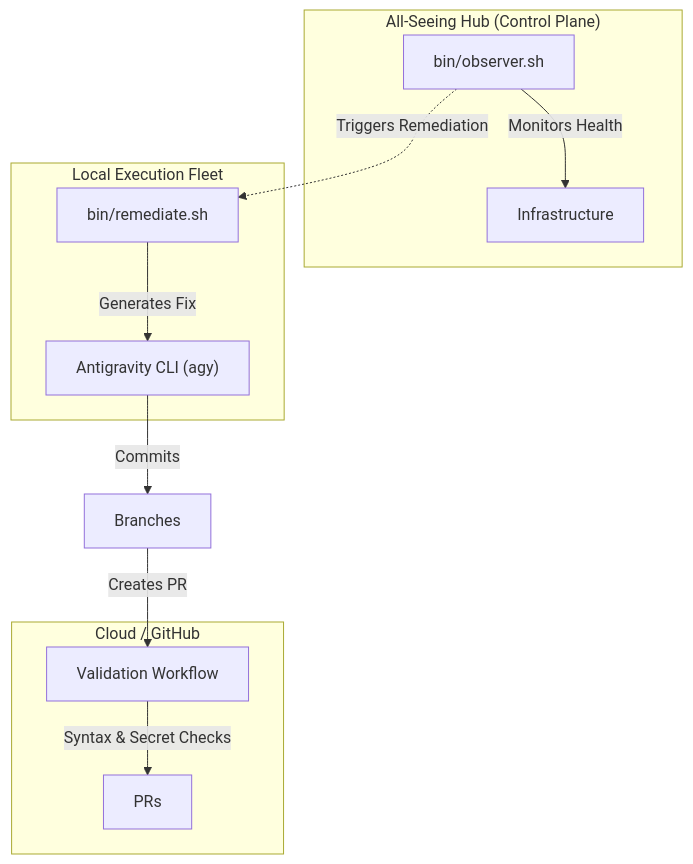
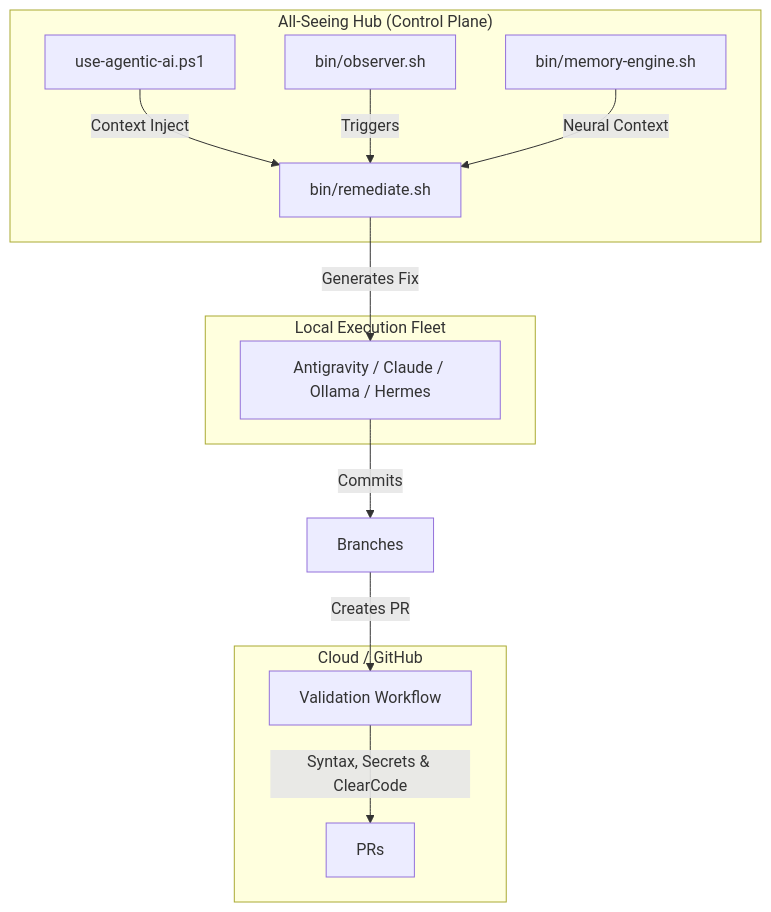
Before and after one commit to tosudip369/agentic-devops-hub: the diagram in README.md, drawn with Mermaid. The commit also changed other lines of this file and 1 other file, not shown here.

Commit message:
docs: public documentation for v3.0 use-agentic-ai modes and Musk algorithm

````diff
--- a/README.md
+++ b/README.md
@@ -13,19 +38,22 @@
 ```mermaid
 graph TD
     subgraph "Cloud / GitHub"
         Actions["Validation Workflow"]
-        Actions --> |Syntax & Secret Checks| PRs
+        Actions --> |Syntax, Secrets & ClearCode| PRs
     end
     subgraph "All-Seeing Hub (Control Plane)"
+        Builder["use-agentic-ai.ps1"]
         Observer["bin/observer.sh"]
-        Observer --> |Monitors Health| Infrastructure
+        Memory["bin/memory-engine.sh"]
+        Builder --> |Context Inject| Remediator
+        Observer --> |Triggers| Remediator
+        Memory --> |Neural Context| Remediator
     end
     subgraph "Local Execution Fleet"
         Remediator["bin/remediate.sh"]
-        AGY["Antigravity CLI (agy)"]
+        AGY["Antigravity / Claude / Ollama / Hermes"]
     end
-    Observer -.-> |Triggers Remediation| Remediator
     Remediator --> |Generates Fix| AGY
     AGY --> |Commits| Branches
     Branches --> |Creates PR| Actions
 ```
````
